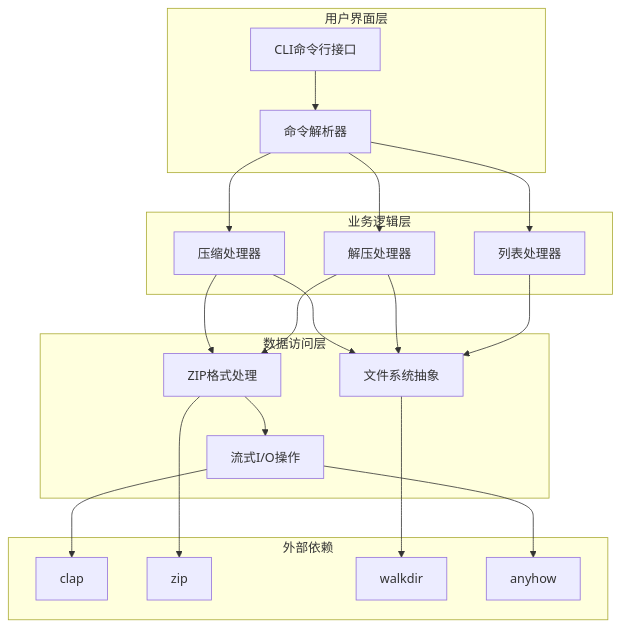
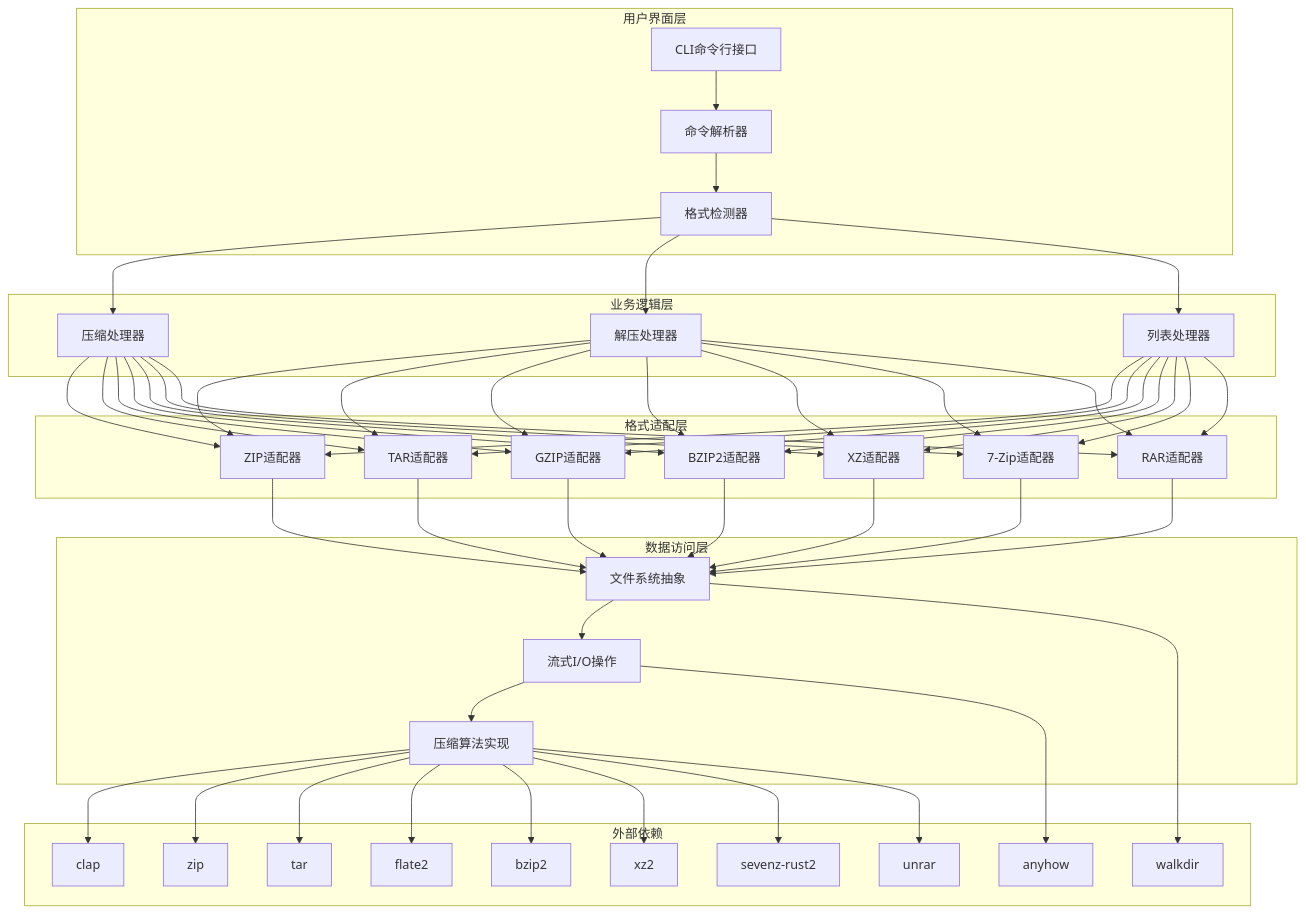
One commit to zhangjiacai-hub/myArchive changed the second of 11 diagrams in .qoder/repowiki/zh/content/核心功能实现/核心功能实现.md. Above: the diagram before and after it, drawn with Mermaid. The commit also changed other lines of this file and 6 other files, not shown here.

````diff
--- a/.qoder/repowiki/zh/content/核心功能实现/核心功能实现.md
+++ b/.qoder/repowiki/zh/content/核心功能实现/核心功能实现.md
@@ -113,35 +163,82 @@
 subgraph "用户界面层"
 A[CLI命令行接口]
 B[命令解析器]
+C[格式检测器]
 end
 subgraph "业务逻辑层"
-C[压缩处理器]
-D[解压处理器]
-E[列表处理器]
+D[压缩处理器]
+E[解压处理器]
+F[列表处理器]
+end
+subgraph "格式适配层"
+G[ZIP适配器]
+H[TAR适配器]
+I[GZIP适配器]
+J[BZIP2适配器]
+K[XZ适配器]
+L[7-Zip适配器]
+M[RAR适配器]
 end
 subgraph "数据访问层"
-F[文件系统抽象]
-G[ZIP格式处理]
-H[流式I/O操作]
+N[文件系统抽象]
+O[流式I/O操作]
+P[压缩算法实现]
 end
 subgraph "外部依赖"
-I[clap]
-J[zip]
-K[walkdir]
-L[anyhow]
+Q[clap]
+R[zip]
+S[tar]
+T[flate2]
+U[bzip2]
+V[xz2]
+W[sevenz-rust2]
+X[unrar]
+Y[walkdir]
+Z[anyhow]
 end
 A --> B
 B --> C
-B --> D
-B --> E
+C --> D
+C --> E
 C --> F
-D --> F
-E --> F
-C --> G
 D --> G
-G --> H
-H --> I
-G --> J
+D --> H
+D --> I
+D --> J
+D --> K
+D --> L
+D --> M
+E --> G
+E --> H
+E --> I
+E --> J
+E --> K
+E --> L
+E --> M
+F --> G
+F --> H
+F --> I
+F --> J
 F --> K
-H --> L
+F --> L
+F --> M
+G --> N
+H --> N
+I --> N
+J --> N
+K --> N
+L --> N
+M --> N
+N --> O
+O --> P
+P --> Q
+P --> R
+P --> S
+P --> T
+P --> U
+P --> V
+P --> W
+P --> X
+N --> Y
+O --> Z
 ```
````
